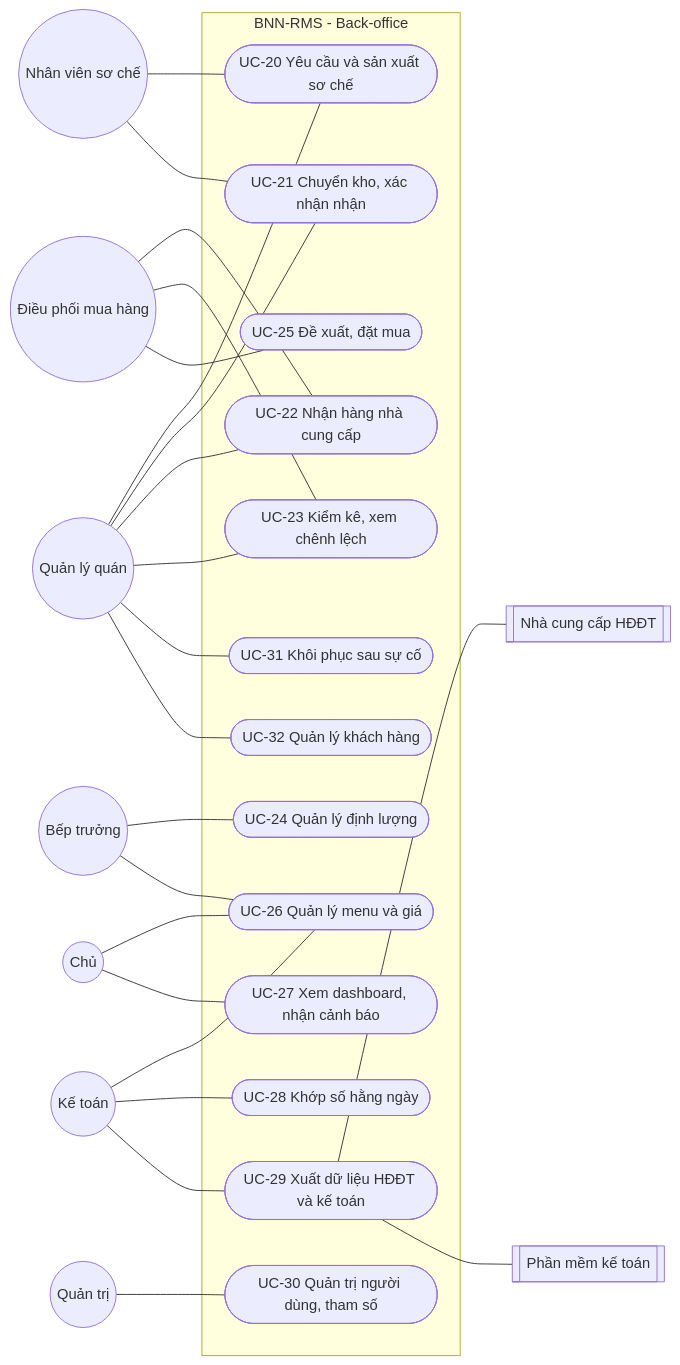
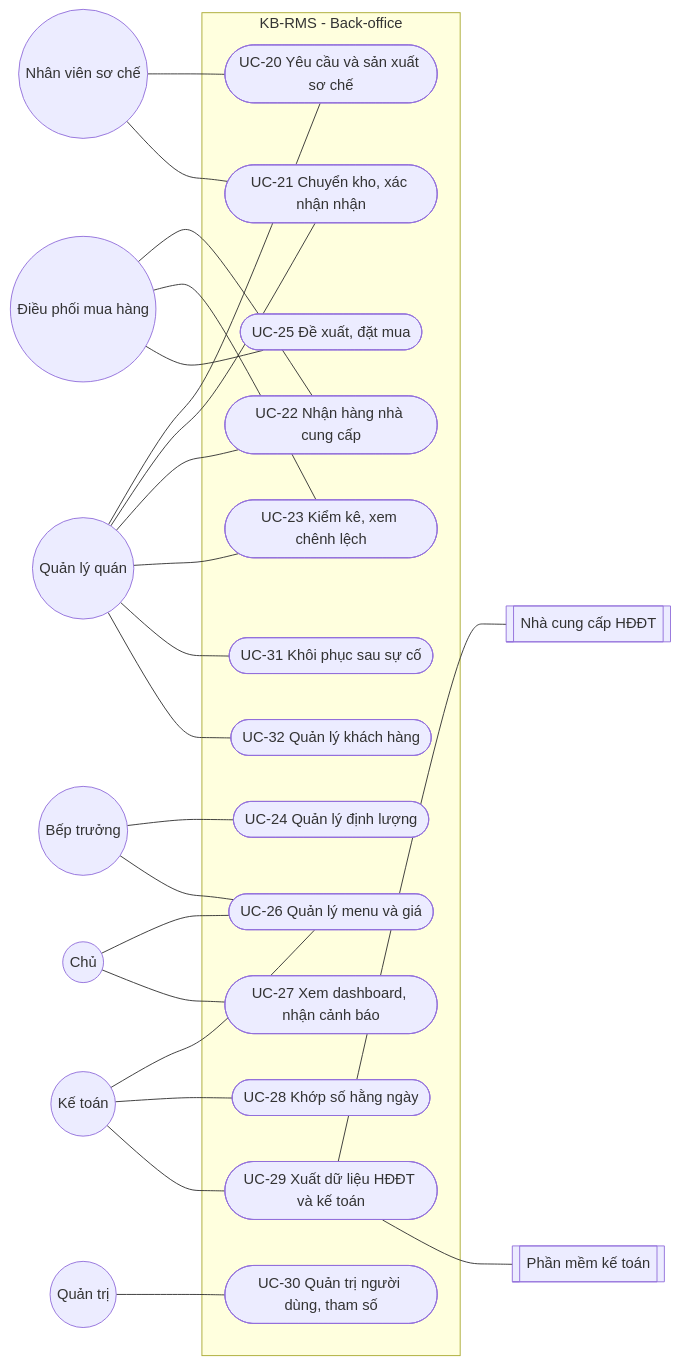
One commit to Anpham120/restaurant-management-system changed the third of 4 diagrams in docs/03-dac-ta-yeu-cau/03-use-case.md. Above: the diagram before and after it, drawn with Mermaid. The commit also changed other lines of this file and 24 other files, not shown here.

````diff
--- a/docs/03-dac-ta-yeu-cau/03-use-case.md
+++ b/docs/03-dac-ta-yeu-cau/03-use-case.md
@@ -114,48 +114,48 @@
 ```mermaid
 flowchart LR
     SC(("Nhân viên sơ chế"))
     MH(("Điều phối mua hàng"))
     QL(("Quản lý quán"))
     BT(("Bếp trưởng"))
     KT(("Kế toán"))
     CH(("Chủ"))
     QT(("Quản trị"))
     HD[["Nhà cung cấp HĐĐT"]]
     KTS[["Phần mềm kế toán"]]
-    subgraph SYS3["BNN-RMS - Back-office"]
+    subgraph SYS3["KB-RMS - Back-office"]
         UC20(["UC-20 Yêu cầu và sản xuất sơ chế"])
         UC21(["UC-21 Chuyển kho, xác nhận nhận"])
         UC22(["UC-22 Nhận hàng nhà cung cấp"])
         UC23(["UC-23 Kiểm kê, xem chênh lệch"])
         UC24(["UC-24 Quản lý định lượng"])
         UC25(["UC-25 Đề xuất, đặt mua"])
         UC26(["UC-26 Quản lý menu và giá"])
         UC27(["UC-27 Xem dashboard, nhận cảnh báo"])
         UC28(["UC-28 Khớp số hằng ngày"])
         UC29(["UC-29 Xuất dữ liệu HĐĐT và kế toán"])
         UC30(["UC-30 Quản trị người dùng, tham số"])
         UC31(["UC-31 Khôi phục sau sự cố"])
         UC32(["UC-32 Quản lý khách hàng"])
     end
     SC --- UC20
     SC --- UC21
     QL --- UC20
     QL --- UC21
     QL --- UC22
     QL --- UC23
     QL --- UC31
     QL --- UC32
     MH --- UC22
     MH --- UC23
     MH --- UC25
     BT --- UC24
     BT --- UC26
     KT --- UC26
     KT --- UC28
     KT --- UC29
     CH --- UC26
     CH --- UC27
     QT --- UC30
     UC29 --- HD
     UC29 --- KTS
 ```
````
